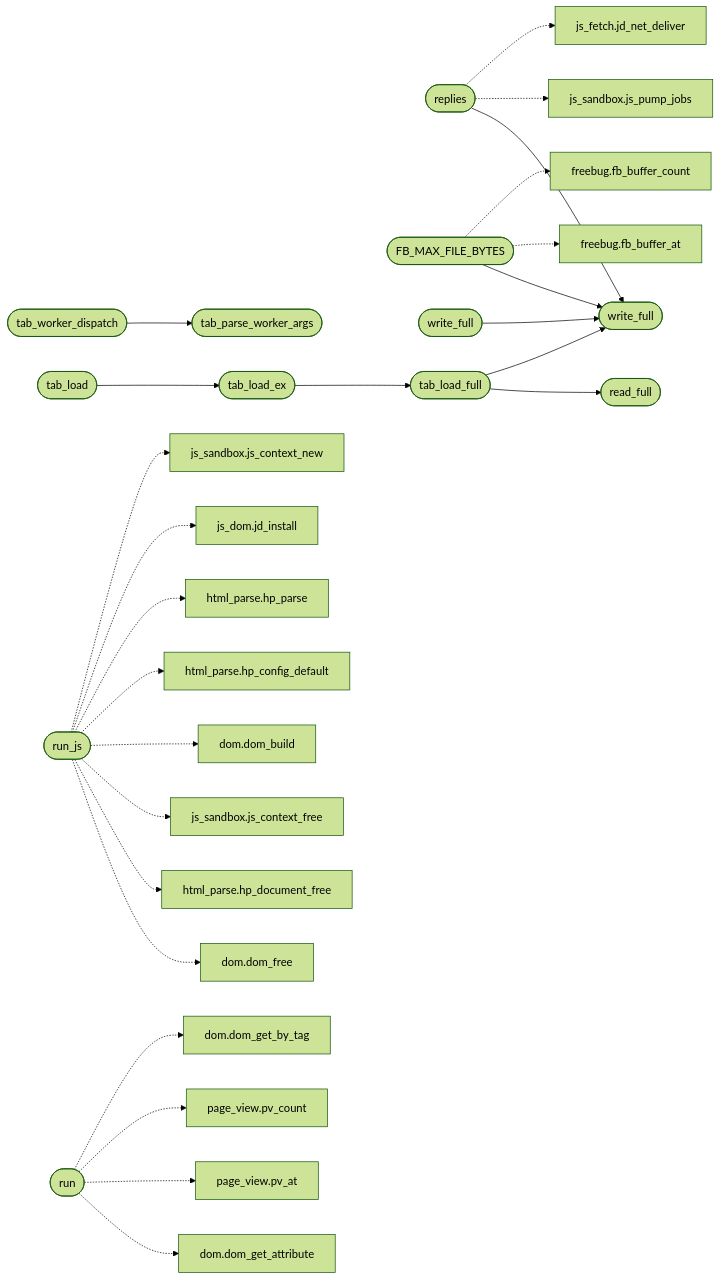
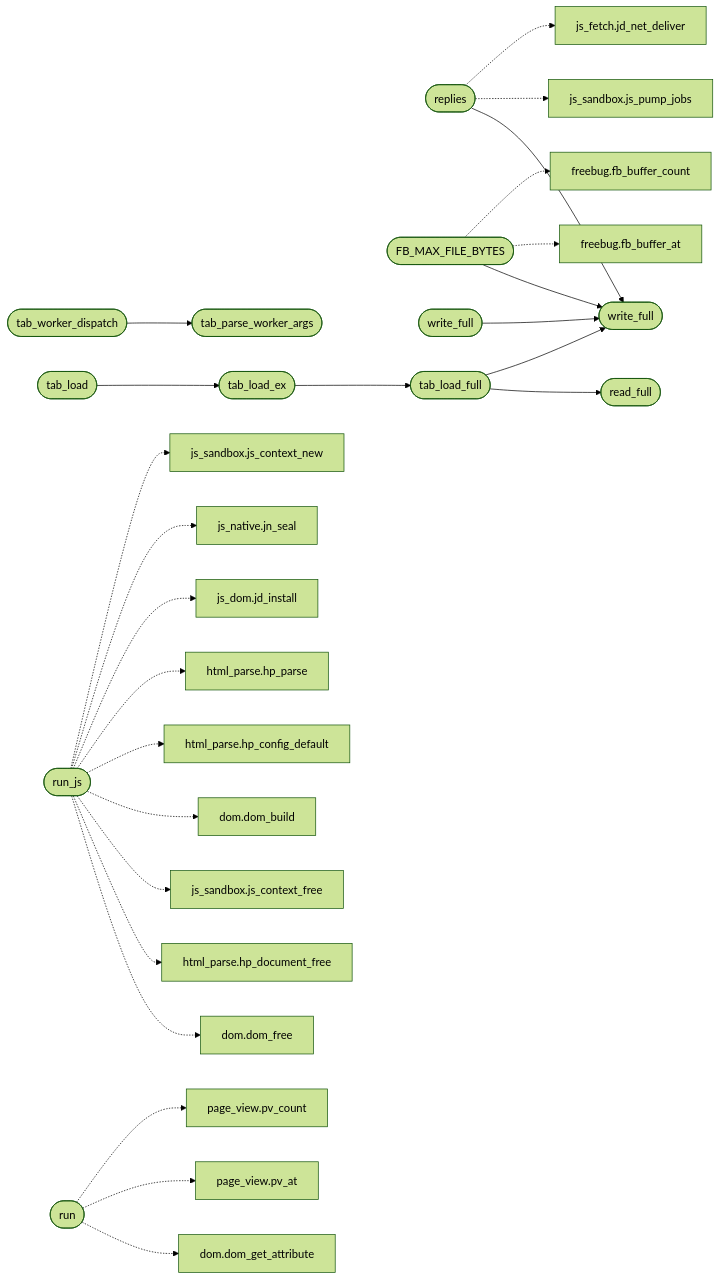
One commit to grisuno/FreeDom changed the second of 2 diagrams in readmenator-apidocs/modules/src.tab.c.md. Above: the diagram before and after it, drawn with Mermaid (forest theme). The commit also changed other lines of this file and 248 other files, not shown here.

````diff
--- a/readmenator-apidocs/modules/src.tab.c.md
+++ b/readmenator-apidocs/modules/src.tab.c.md
@@ -39,55 +39,55 @@
 ```mermaid
 flowchart LR
     n_src_tab_c__replies(["replies"])
     n_src_tab_c__write_full(["write_full"])
     n_src_tab_c__FB_MAX_FILE_BYTES(["FB_MAX_FILE_BYTES"])
-    n_src_tab_c__write_full_1857(["write_full"])
+    n_src_tab_c__write_full_1882(["write_full"])
     n_src_tab_c__tab_worker_dispatch(["tab_worker_dispatch"])
     n_src_tab_c__tab_parse_worker_args(["tab_parse_worker_args"])
     n_src_tab_c__tab_load(["tab_load"])
     n_src_tab_c__tab_load_ex(["tab_load_ex"])
     n_src_tab_c__tab_load_full(["tab_load_full"])
     n_src_tab_c__read_full(["read_full"])
     n_include_js_sandbox_h__js_pump_jobs["js_sandbox.js_pump_jobs"]
     n_src_js_fetch_c__jd_net_deliver["js_fetch.jd_net_deliver"]
     n_src_tab_c__run_js(["run_js"])
     n_include_dom_h__dom_free["dom.dom_free"]
     n_include_html_parse_h__hp_document_free["html_parse.hp_document_free"]
     n_include_js_sandbox_h__js_context_free["js_sandbox.js_context_free"]
     n_src_dom_c__dom_build["dom.dom_build"]
     n_src_html_parse_c__hp_config_default["html_parse.hp_config_default"]
     n_src_html_parse_c__hp_parse["html_parse.hp_parse"]
     n_src_js_dom_c__jd_install["js_dom.jd_install"]
+    n_src_js_native_c__jn_seal["js_native.jn_seal"]
     n_src_js_sandbox_c__js_context_new["js_sandbox.js_context_new"]
     n_include_freebug_h__fb_buffer_at["freebug.fb_buffer_at"]
     n_include_freebug_h__fb_buffer_count["freebug.fb_buffer_count"]
     n_src_tab_c__run(["run"])
     n_include_dom_h__dom_get_attribute["dom.dom_get_attribute"]
     n_include_page_view_h__pv_at["page_view.pv_at"]
     n_include_page_view_h__pv_count["page_view.pv_count"]
-    n_src_dom_c__dom_get_by_tag["dom.dom_get_by_tag"]
     n_src_tab_c__replies --> n_src_tab_c__write_full
     n_src_tab_c__FB_MAX_FILE_BYTES --> n_src_tab_c__write_full
-    n_src_tab_c__write_full_1857 --> n_src_tab_c__write_full
+    n_src_tab_c__write_full_1882 --> n_src_tab_c__write_full
     n_src_tab_c__tab_worker_dispatch --> n_src_tab_c__tab_parse_worker_args
     n_src_tab_c__tab_load --> n_src_tab_c__tab_load_ex
     n_src_tab_c__tab_load_ex --> n_src_tab_c__tab_load_full
     n_src_tab_c__tab_load_full --> n_src_tab_c__read_full
     n_src_tab_c__tab_load_full --> n_src_tab_c__write_full
     n_src_tab_c__replies -.-> n_include_js_sandbox_h__js_pump_jobs
     n_src_tab_c__replies -.-> n_src_js_fetch_c__jd_net_deliver
     n_src_tab_c__run_js -.-> n_include_dom_h__dom_free
     n_src_tab_c__run_js -.-> n_include_html_parse_h__hp_document_free
     n_src_tab_c__run_js -.-> n_include_js_sandbox_h__js_context_free
     n_src_tab_c__run_js -.-> n_src_dom_c__dom_build
     n_src_tab_c__run_js -.-> n_src_html_parse_c__hp_config_default
     n_src_tab_c__run_js -.-> n_src_html_parse_c__hp_parse
     n_src_tab_c__run_js -.-> n_src_js_dom_c__jd_install
+    n_src_tab_c__run_js -.-> n_src_js_native_c__jn_seal
     n_src_tab_c__run_js -.-> n_src_js_sandbox_c__js_context_new
     n_src_tab_c__FB_MAX_FILE_BYTES -.-> n_include_freebug_h__fb_buffer_at
     n_src_tab_c__FB_MAX_FILE_BYTES -.-> n_include_freebug_h__fb_buffer_count
     n_src_tab_c__run -.-> n_include_dom_h__dom_get_attribute
     n_src_tab_c__run -.-> n_include_page_view_h__pv_at
     n_src_tab_c__run -.-> n_include_page_view_h__pv_count
-    n_src_tab_c__run -.-> n_src_dom_c__dom_get_by_tag
 ```
````
